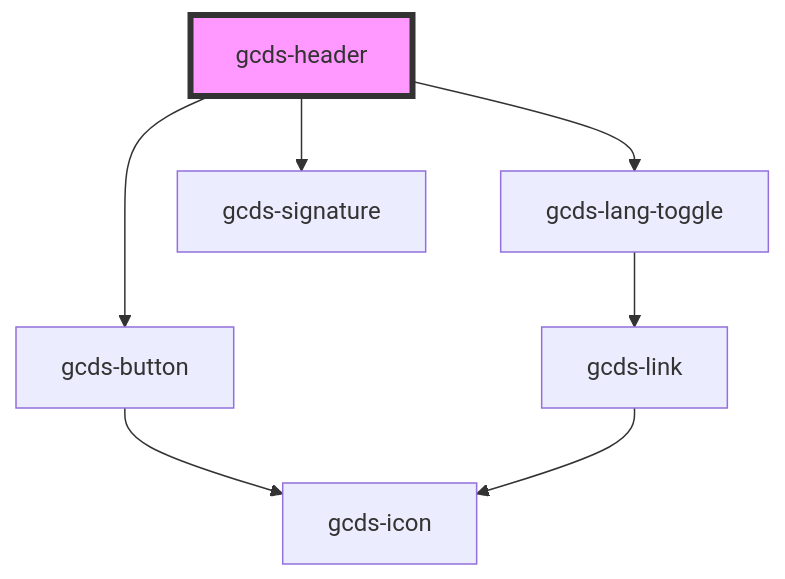
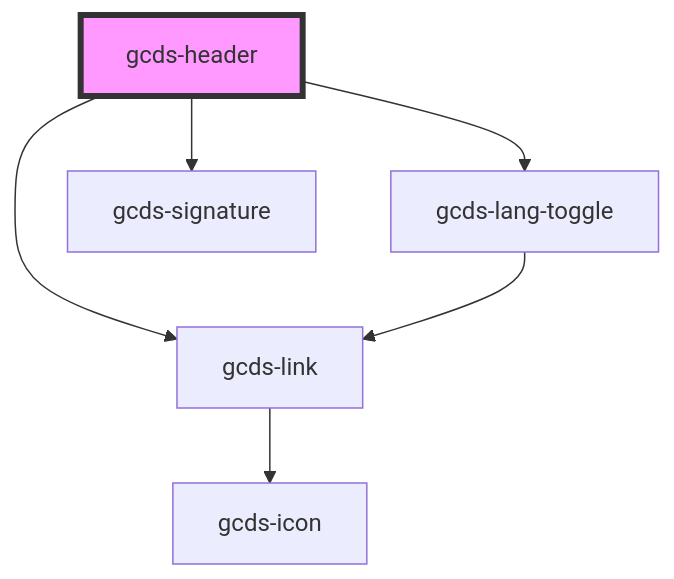
One commit to cds-snc/gcds-components changed the diagram in packages/web/src/components/gcds-header/readme.md. Above: the diagram before and after it, drawn with Mermaid. The commit also changed other lines of this file and 4 other files, not shown here.

````diff
--- a/packages/web/src/components/gcds-header/readme.md
+++ b/packages/web/src/components/gcds-header/readme.md
@@ -27,10 +27,9 @@
 ```mermaid
 graph TD;
-  gcds-header --> gcds-button
+  gcds-header --> gcds-link
   gcds-header --> gcds-lang-toggle
   gcds-header --> gcds-signature
-  gcds-button --> gcds-icon
+  gcds-link --> gcds-icon
   gcds-lang-toggle --> gcds-link
-  gcds-link --> gcds-icon
   style gcds-header fill:#f9f,stroke:#333,stroke-width:4px
 ```
````
